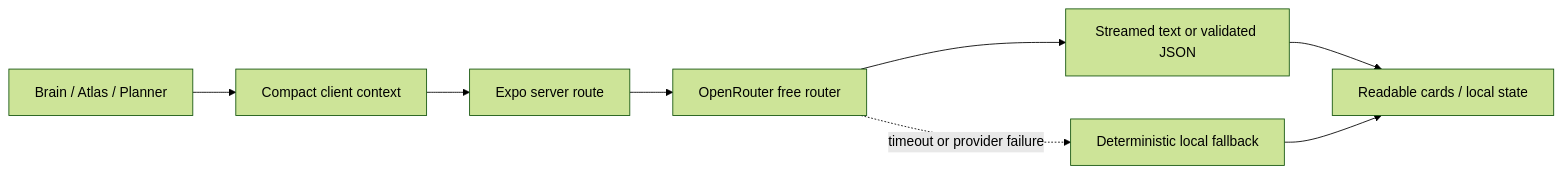
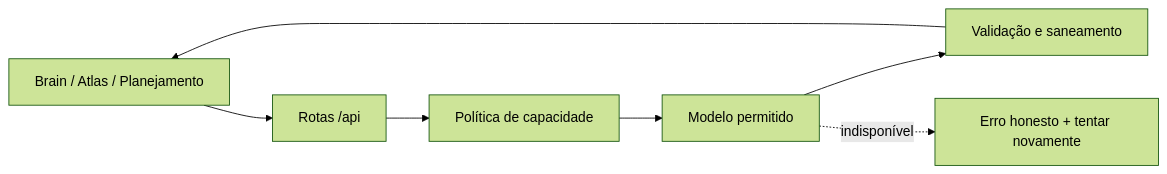
The diagram in README.md (Guuh-dev/Nexus-AI-v2), drawn with Mermaid (forest theme) before and after one commit. The commit also changed other lines of this file and 17 other files, not shown here.

Commit message:
docs: record v3 architecture, risks, and handoff

````diff
--- a/README.md
+++ b/README.md
@@ -191,10 +55,9 @@
 ```mermaid
 flowchart LR
-  A[Brain / Atlas / Planner] --> B[Compact client context]
-  B --> C[Expo server route]
-  C --> D[OpenRouter free router]
-  D --> E[Streamed text or validated JSON]
-  E --> F[Readable cards / local state]
-  D -. timeout or provider failure .-> G[Deterministic local fallback]
-  G --> F
+  UI[Brain / Atlas / Planejamento] --> API[Rotas /api]
+  API --> Policy[Política de capacidade]
+  Policy --> Model[Modelo permitido]
+  Model --> Validate[Validação e saneamento]
+  Validate --> UI
+  Model -. indisponível .-> Error[Erro honesto + tentar novamente]
 ```
````
